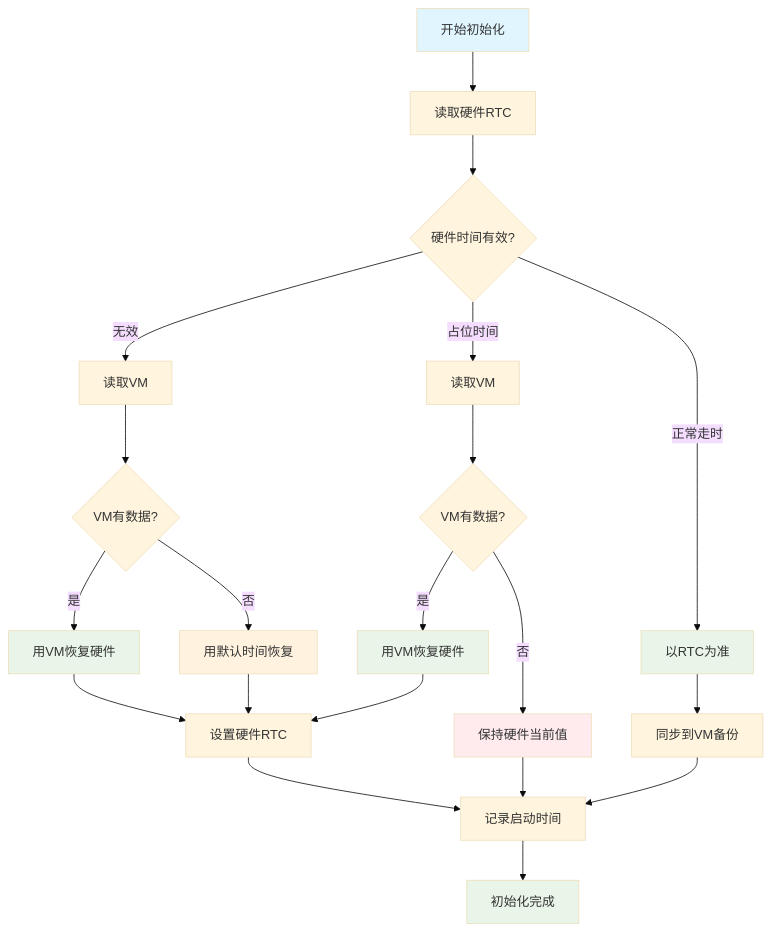
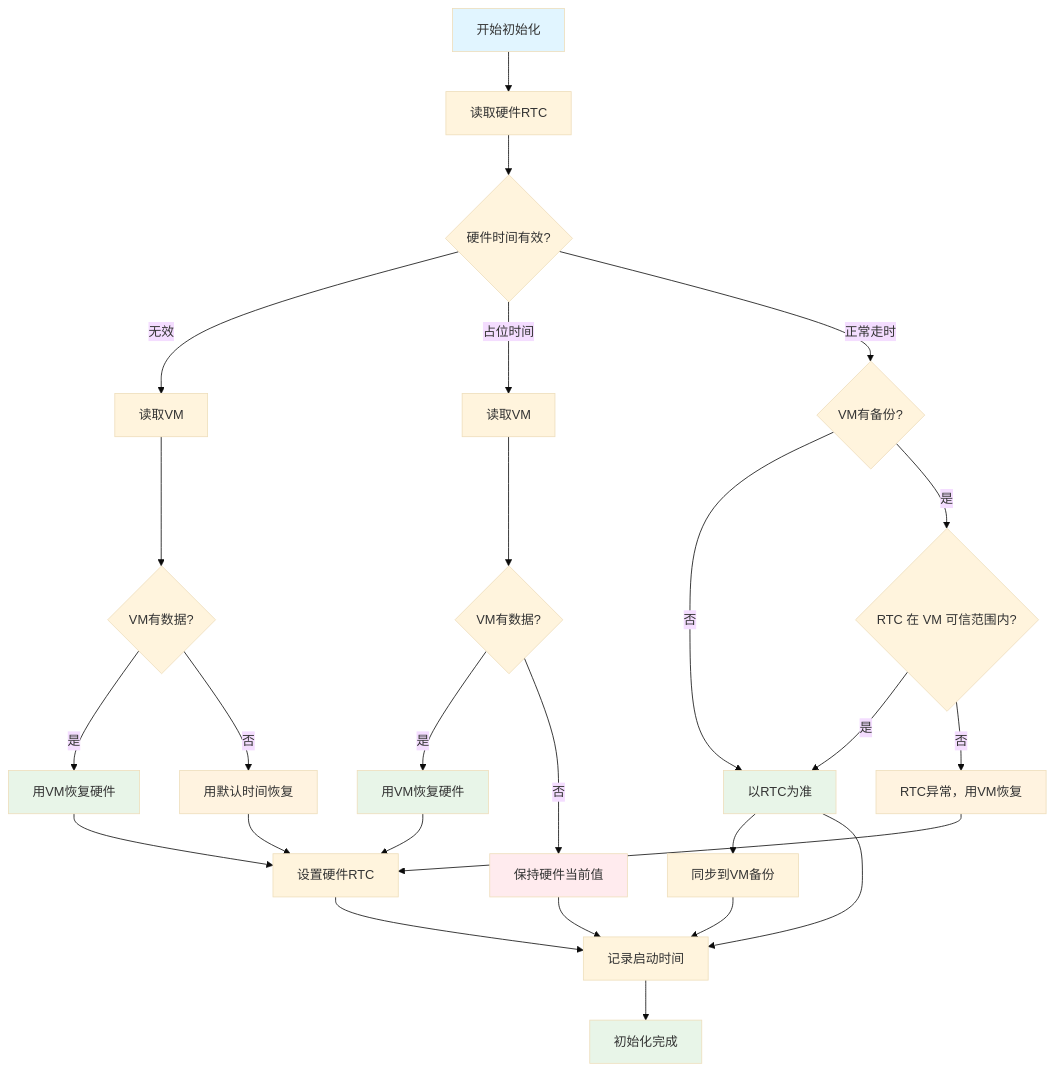
Before and after one commit to HK-bruc1/Work-Report: the fourth of 26 diagrams in 杰理相关/潮汐SDK/1.时钟与RTC/6.RTC的应用最佳实践.md, drawn with Mermaid (base theme). The commit also changed other lines of this file and 3 other files, not shown here.

````diff
--- a/杰理相关/潮汐SDK/1.时钟与RTC/6.RTC的应用最佳实践.md
+++ b/杰理相关/潮汐SDK/1.时钟与RTC/6.RTC的应用最佳实践.md
@@ -104,35 +156,42 @@
 ```mermaid
 flowchart TD
     A[开始初始化] --> B[读取硬件RTC]
     B --> C{硬件时间有效?}
     
     C -->|无效| D[读取VM]
     D --> E{VM有数据?}
     E -->|是| F[用VM恢复硬件]
     E -->|否| G[用默认时间恢复]
     F --> H[设置硬件RTC]
     G --> H
     
     C -->|占位时间| I[读取VM]
     I --> J{VM有数据?}
     J -->|是| K[用VM恢复硬件]
     J -->|否| L[保持硬件当前值]
     K --> H
     
-    C -->|正常走时| M[以RTC为准]
-    M --> N[同步到VM备份]
+    C -->|正常走时| M{VM有备份?}
+    M -->|否| N[以RTC为准]
+    N --> O[同步到VM备份]
+    M -->|是| P{RTC 在 VM 可信范围内?}
+    P -->|是| N
+    P -->|否| Q[RTC异常，用VM恢复]
+    Q --> H
     
-    H --> O[记录启动时间]
-    N --> O
-    L --> O
+    H --> R[记录启动时间]
+    N --> R
+    O --> R
+    L --> R
     
-    O --> P[初始化完成]
+    R --> S[初始化完成]
 
     style A fill:#e1f5ff
-    style P fill:#e8f5e8
+    style S fill:#e8f5e8
     style F fill:#e8f5e8
     style G fill:#fff3e0
     style K fill:#e8f5e8
     style L fill:#ffebee
-    style M fill:#e8f5e8
+    style N fill:#e8f5e8
+    style Q fill:#fff3e0
 ```
````
